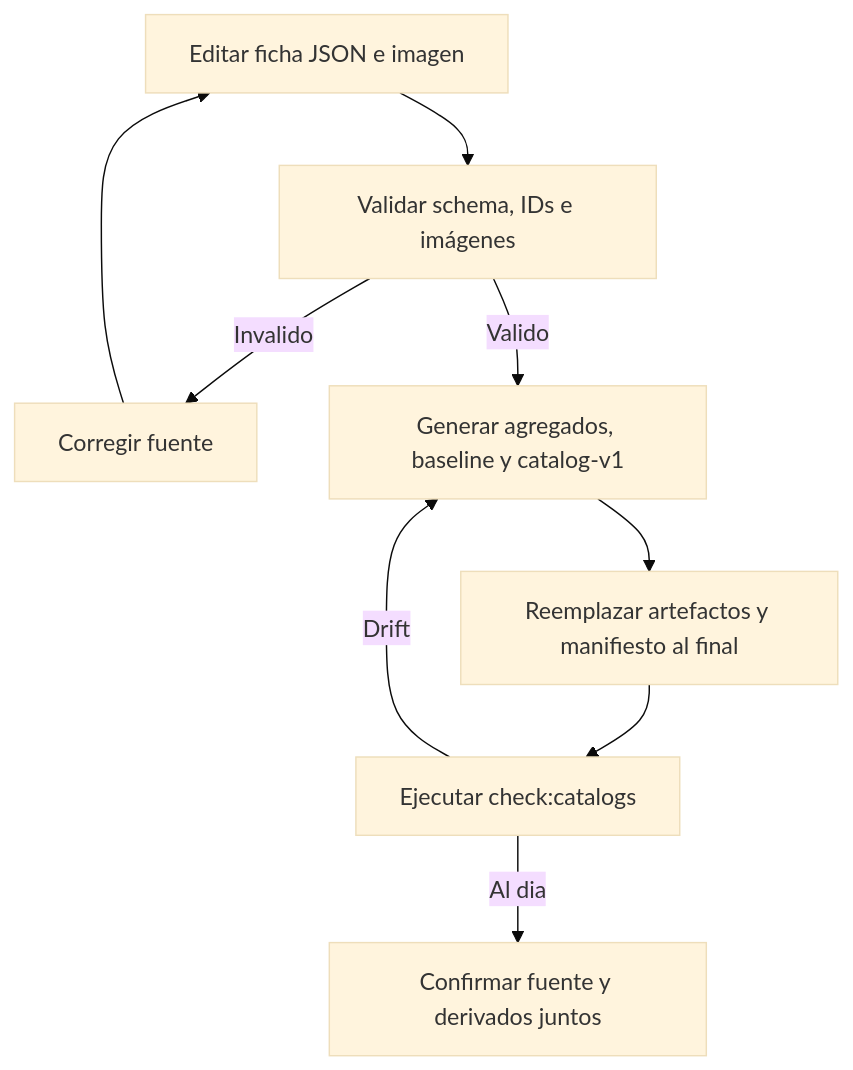
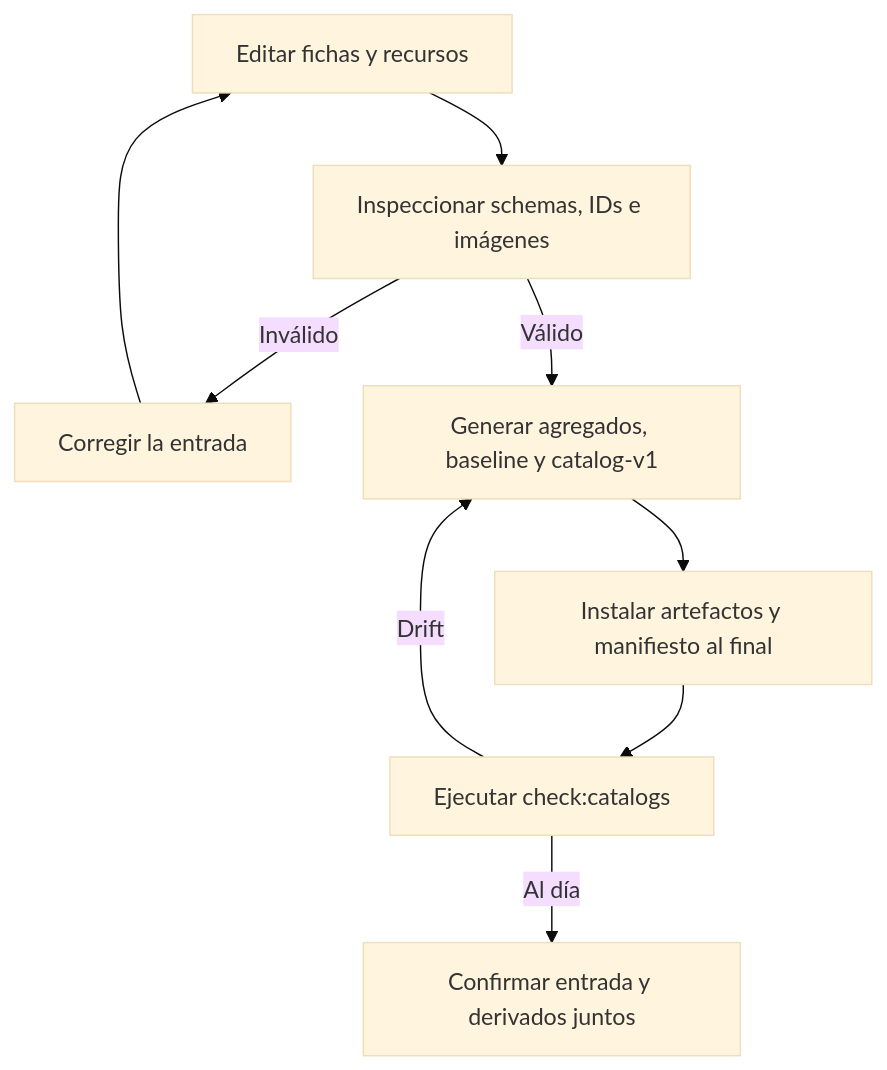
The first of 2 diagrams in openwiki/content/repositories.md (maximofn/gymnasia), drawn with Mermaid (base theme) before and after one commit. The commit also changed other lines of this file and 22 other files, not shown here.

````diff
--- a/openwiki/content/repositories.md
+++ b/openwiki/content/repositories.md
@@ -90,11 +95,11 @@
 ```mermaid
 flowchart TD
-    Edit["Editar ficha JSON e imagen"] --> Inspect["Validar schema, IDs e imágenes"]
-    Inspect -->|"Invalido"| Fix["Corregir fuente"]
-    Fix --> Edit
-    Inspect -->|"Valido"| Derive["Generar agregados, baseline y catalog-v1"]
-    Derive --> Atomic["Reemplazar artefactos y manifiesto al final"]
-    Atomic --> Check["Ejecutar check:catalogs"]
+    Edit["Editar fichas y recursos"] --> Inspect["Inspeccionar schemas, IDs e imágenes"]
+    Inspect -->|"Inválido"| Repair["Corregir la entrada"]
+    Repair --> Edit
+    Inspect -->|"Válido"| Derive["Generar agregados, baseline y catalog-v1"]
+    Derive --> Install["Instalar artefactos y manifiesto al final"]
+    Install --> Check["Ejecutar check:catalogs"]
     Check -->|"Drift"| Derive
-    Check -->|"Al dia"| Commit["Confirmar fuente y derivados juntos"]
+    Check -->|"Al día"| Commit["Confirmar entrada y derivados juntos"]
 ```
````
